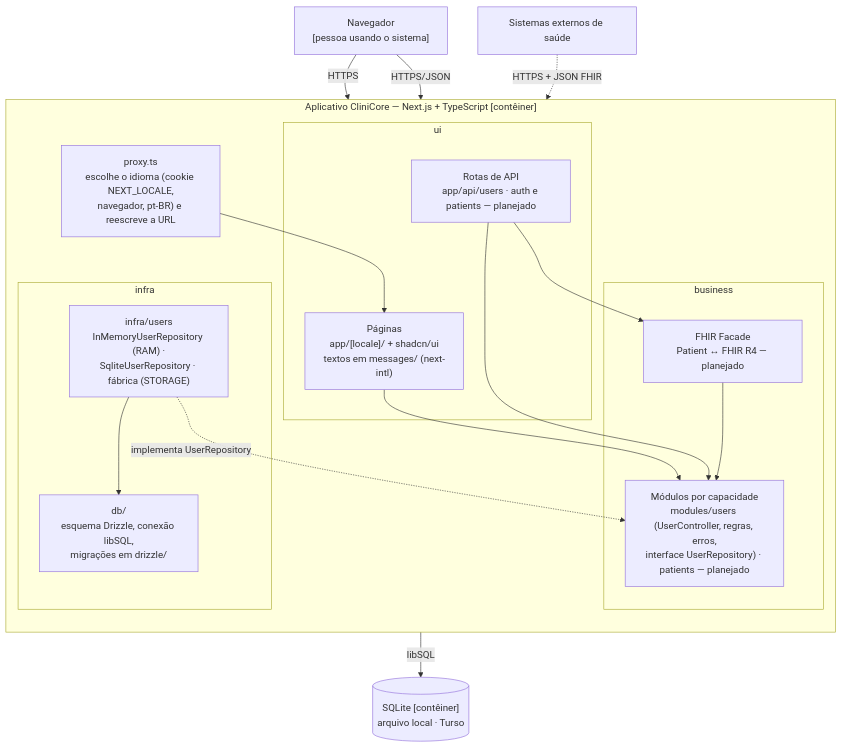
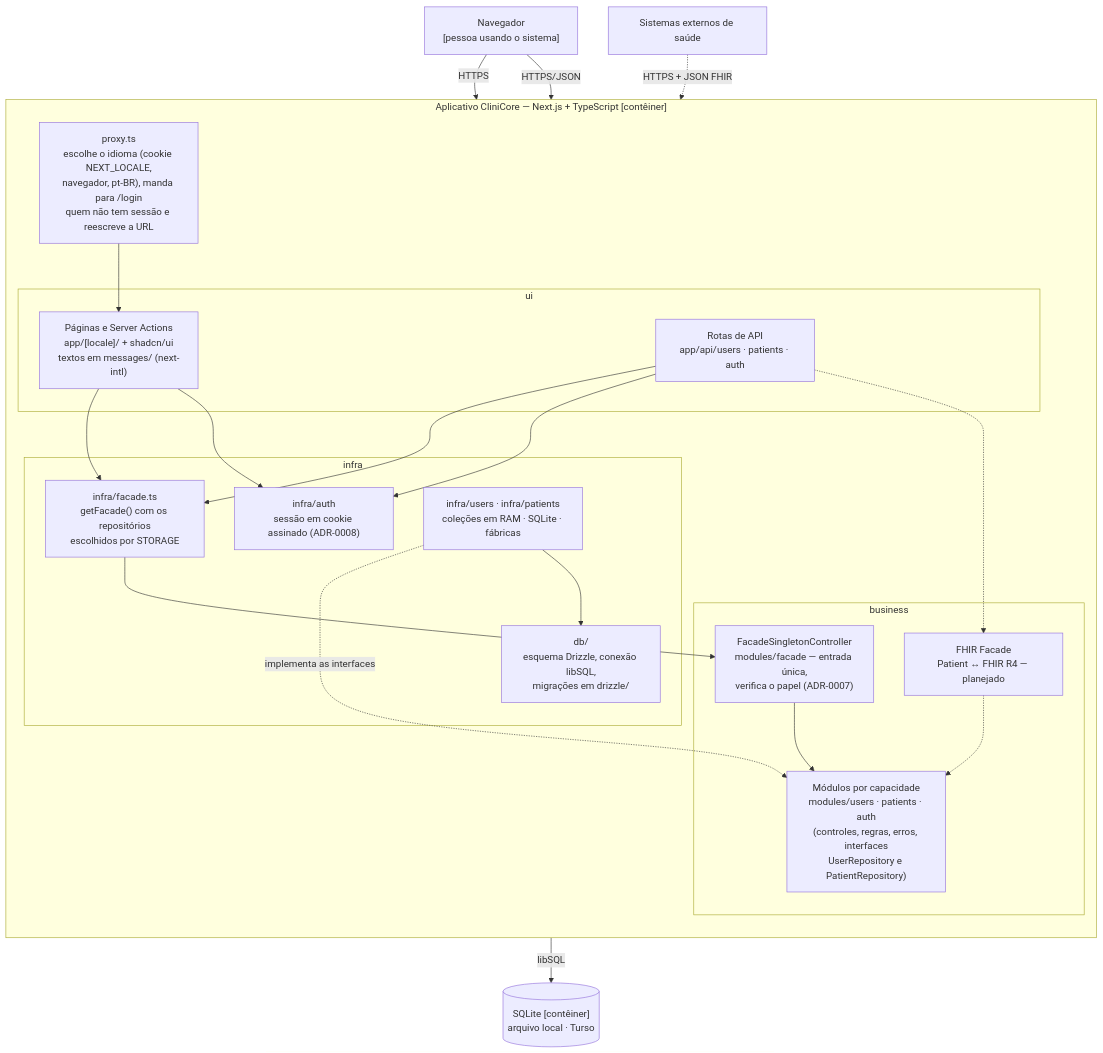
One commit to beatrizmontenegro07/projeto-metodos changed the second of 4 diagrams in docs/07-arquitetura/README.md. Above: the diagram before and after it, drawn with Mermaid. The commit also changed other lines of this file and 5 other files, not shown here.

Commit message:
docs: update design, architecture and glossary for facade and patients

````diff
--- a/docs/07-arquitetura/README.md
+++ b/docs/07-arquitetura/README.md
@@ -31,37 +31,44 @@
 ```mermaid
 flowchart TB
     navegador["Navegador<br/>[pessoa usando o sistema]"]
 
     subgraph app["Aplicativo CliniCore — Next.js + TypeScript [contêiner]"]
         direction TB
-        proxy["proxy.ts<br/>escolhe o idioma (cookie NEXT_LOCALE,<br/>navegador, pt-BR) e reescreve a URL"]
+        proxy["proxy.ts<br/>escolhe o idioma (cookie NEXT_LOCALE,<br/>navegador, pt-BR), manda para /login<br/>quem não tem sessão e reescreve a URL"]
         subgraph ui["ui"]
-            paginas["Páginas<br/>app/[locale]/ + shadcn/ui<br/>textos em messages/ (next-intl)"]
-            api["Rotas de API<br/>app/api/users · auth e patients — planejado"]
+            paginas["Páginas e Server Actions<br/>app/[locale]/ + shadcn/ui<br/>textos em messages/ (next-intl)"]
+            api["Rotas de API<br/>app/api/users · patients · auth"]
         end
         subgraph business["business"]
-            modulos["Módulos por capacidade<br/>modules/users (UserController, regras, erros,<br/>interface UserRepository) · patients — planejado"]
+            fachada["FacadeSingletonController<br/>modules/facade — entrada única,<br/>verifica o papel (ADR-0007)"]
+            modulos["Módulos por capacidade<br/>modules/users · patients · auth<br/>(controles, regras, erros, interfaces<br/>UserRepository e PatientRepository)"]
             fhirFacade["FHIR Facade<br/>Patient ↔ FHIR R4 — planejado"]
         end
         subgraph infra["infra"]
-            repositorios["infra/users<br/>InMemoryUserRepository (RAM) ·<br/>SqliteUserRepository · fábrica (STORAGE)"]
+            montagem["infra/facade.ts<br/>getFacade() com os repositórios<br/>escolhidos por STORAGE"]
+            sessao["infra/auth<br/>sessão em cookie assinado (ADR-0008)"]
+            repositorios["infra/users · infra/patients<br/>coleções em RAM · SQLite · fábricas"]
             db["db/<br/>esquema Drizzle, conexão libSQL,<br/>migrações em drizzle/"]
         end
 
         proxy --> paginas
-        paginas --> modulos
-        api --> modulos
-        api --> fhirFacade
-        fhirFacade --> modulos
-        repositorios -.->|implementa UserRepository| modulos
+        paginas --> montagem
+        api --> montagem
+        paginas --> sessao
+        api --> sessao
+        montagem --> fachada
+        fachada --> modulos
+        api -.-> fhirFacade
+        fhirFacade -.-> modulos
+        repositorios -.->|implementa as interfaces| modulos
         repositorios --> db
     end
 
     banco[("SQLite [contêiner]<br/>arquivo local · Turso")]
     externos["Sistemas externos de saúde"]
 
     navegador -->|HTTPS| proxy
     navegador -->|HTTPS/JSON| api
     db -->|libSQL| banco
     externos -.->|HTTPS + JSON FHIR| api
 ```
````
